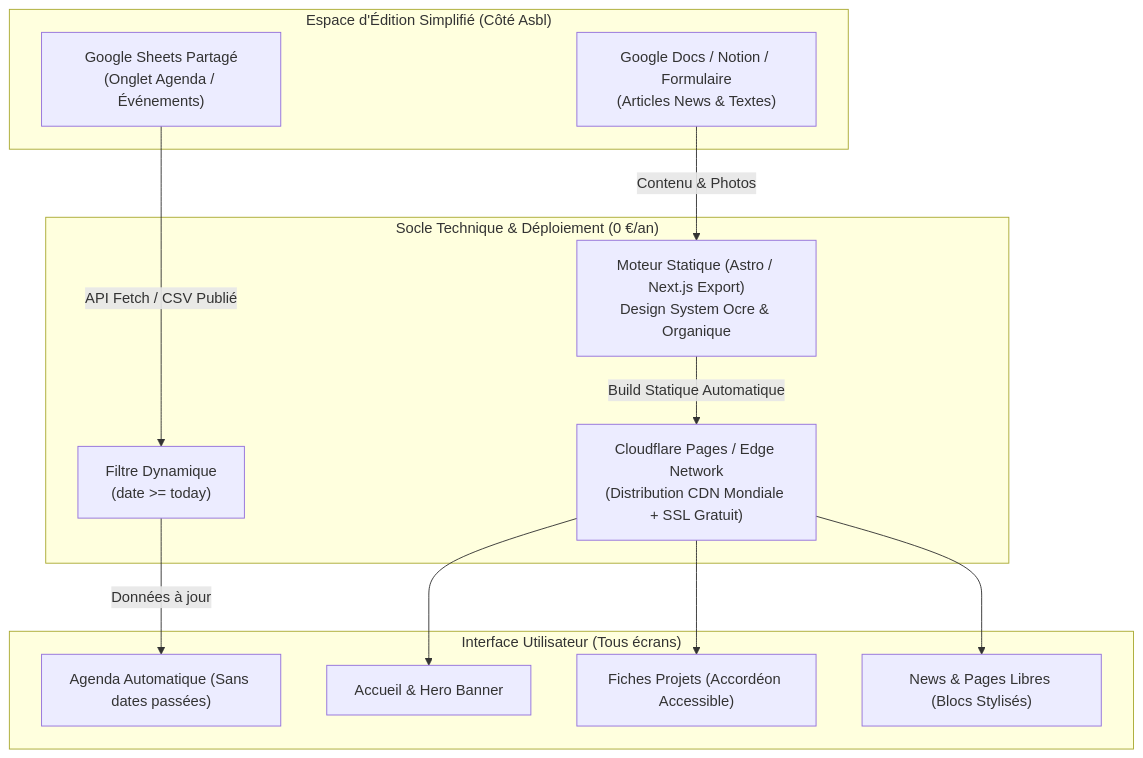
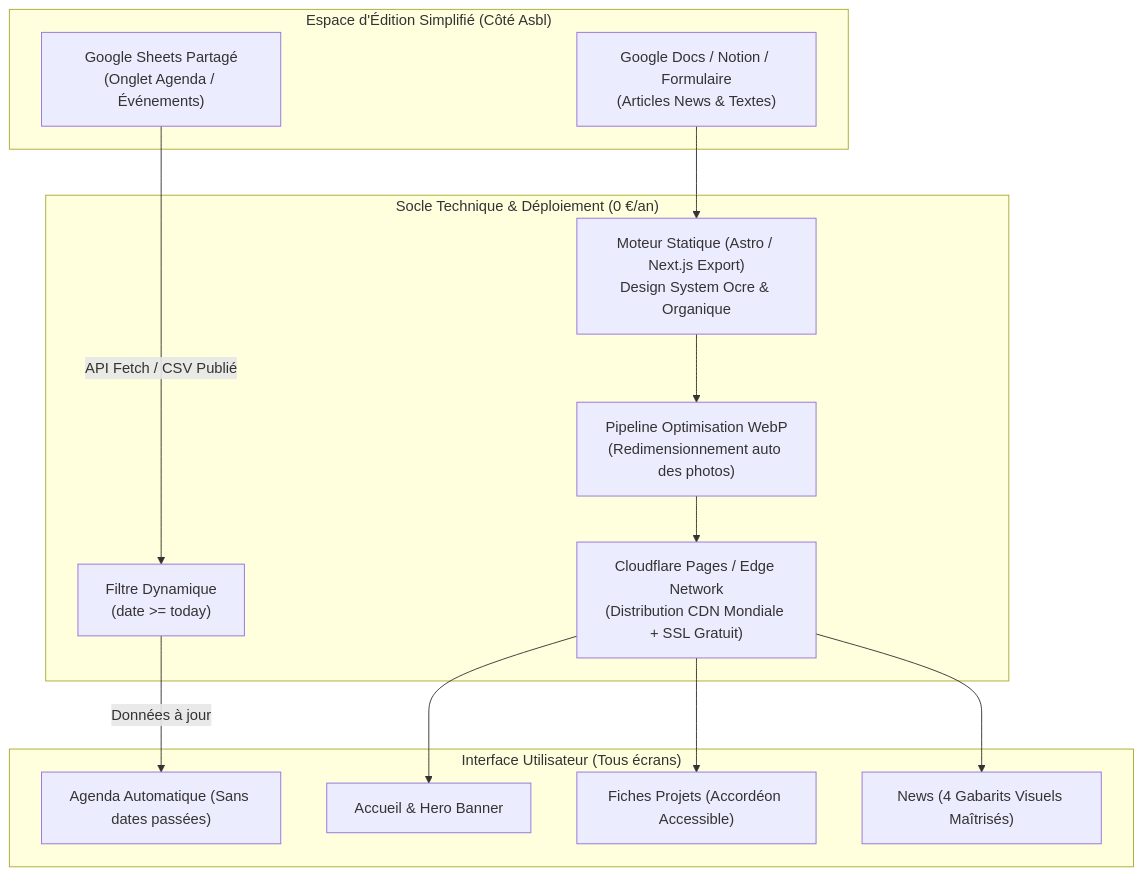
Before and after one commit to aubuscule/aubuscule-agency: the diagram in docs/decisions/ADR-001-transversale-architecture.md, drawn with Mermaid. The commit also changed other lines of this file, not shown here.

````diff
--- a/docs/decisions/ADR-001-transversale-architecture.md
+++ b/docs/decisions/ADR-001-transversale-architecture.md
@@ -72,28 +72,29 @@
 ```mermaid
 flowchart TD
     subgraph ClientAdmin["Espace d'Édition Simplifié (Côté Asbl)"]
         GS["Google Sheets Partagé<br/>(Onglet Agenda / Événements)"]
         GD["Google Docs / Notion / Formulaire<br/>(Articles News & Textes)"]
     end
 
     subgraph BuildAndEdge["Socle Technique & Déploiement (0 €/an)"]
         CF["Cloudflare Pages / Edge Network<br/>(Distribution CDN Mondiale + SSL Gratuit)"]
         StaticEngine["Moteur Statique (Astro / Next.js Export)<br/>Design System Ocre & Organique"]
         Filter["Filtre Dynamique<br/>(date >= today)"]
+        ImgOpt["Pipeline Optimisation WebP<br/>(Redimensionnement auto des photos)"]
     end
 
     subgraph Visiteurs["Interface Utilisateur (Tous écrans)"]
         Home["Accueil & Hero Banner"]
         Projets["Fiches Projets (Accordéon Accessible)"]
         AgendaUI["Agenda Automatique (Sans dates passées)"]
-        NewsUI["News & Pages Libres (Blocs Stylisés)"]
+        NewsUI["News (4 Gabarits Visuels Maîtrisés)"]
     end
 
     GS -->|API Fetch / CSV Publié| Filter
     Filter -->|Données à jour| AgendaUI
-    GD -->|Contenu & Photos| StaticEngine
-    StaticEngine -->|Build Statique Automatique| CF
+    GD --> StaticEngine
+    StaticEngine --> ImgOpt --> CF
     CF --> Home
     CF --> Projets
     CF --> NewsUI
 ```
````
